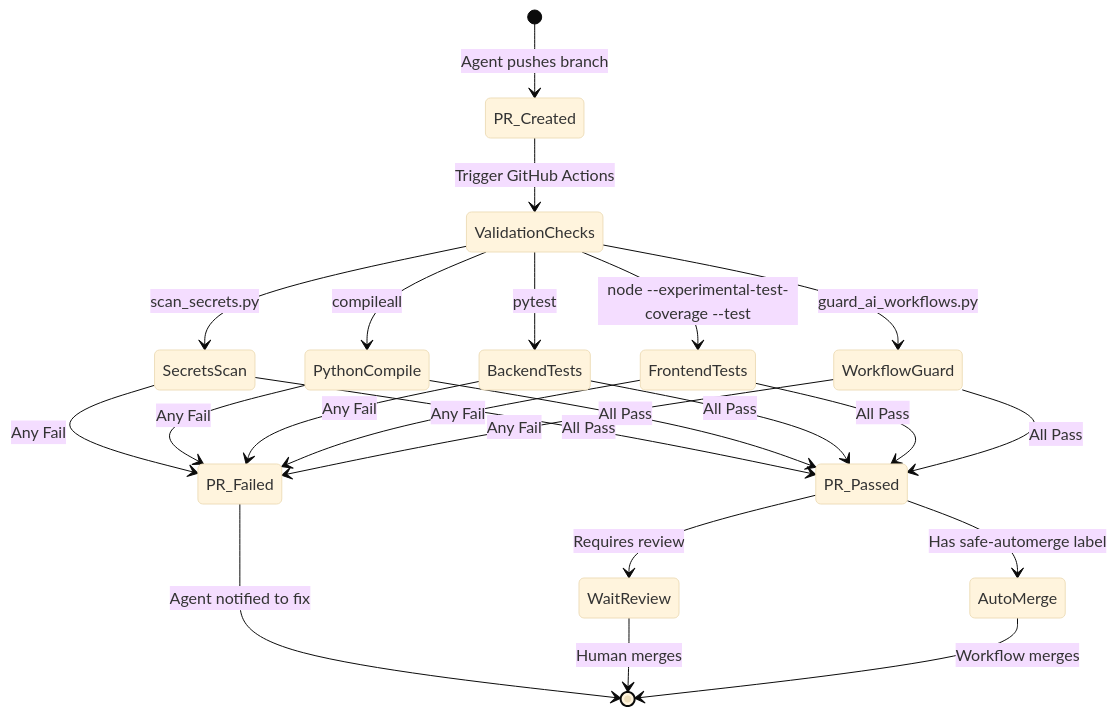
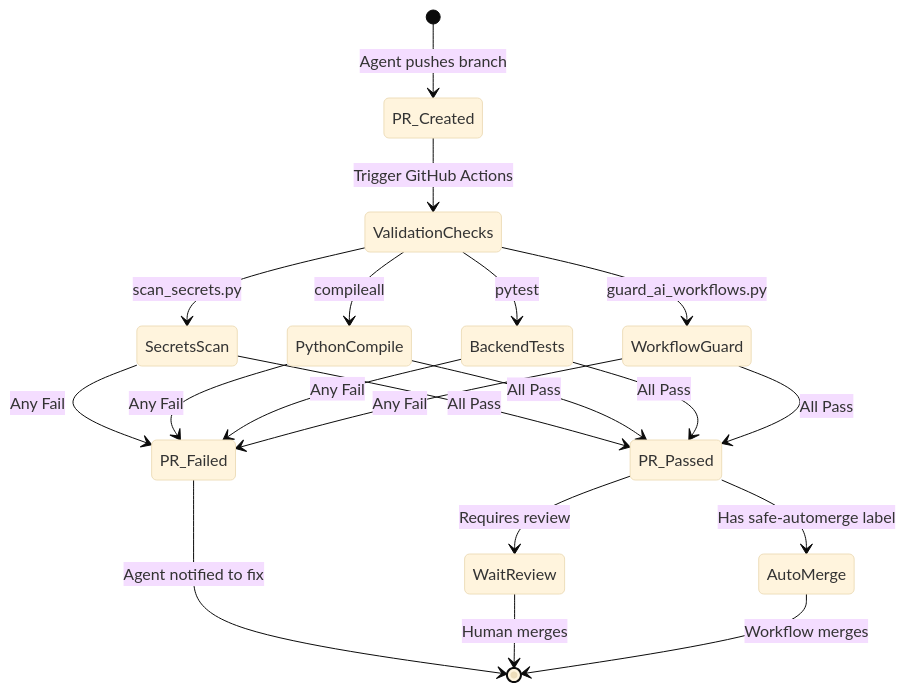
The second of 3 diagrams in README.md (Helloguys3324/orchestratot), drawn with Mermaid (base theme) before and after one commit. The commit also changed other lines of this file and 4 other files, not shown here.

````diff
--- a/README.md
+++ b/README.md
@@ -64,25 +64,22 @@
 ```mermaid
 stateDiagram-v2
     [*] --> PR_Created: Agent pushes branch
     PR_Created --> ValidationChecks: Trigger GitHub Actions
     ValidationChecks --> SecretsScan: scan_secrets.py
     ValidationChecks --> PythonCompile: compileall
     ValidationChecks --> BackendTests: pytest
-    ValidationChecks --> FrontendTests: node --experimental-test-coverage --test
     ValidationChecks --> WorkflowGuard: guard_ai_workflows.py
     SecretsScan --> PR_Passed: All Pass
     PythonCompile --> PR_Passed: All Pass
     BackendTests --> PR_Passed: All Pass
-    FrontendTests --> PR_Passed: All Pass
     WorkflowGuard --> PR_Passed: All Pass
     SecretsScan --> PR_Failed: Any Fail
     PythonCompile --> PR_Failed: Any Fail
     BackendTests --> PR_Failed: Any Fail
-    FrontendTests --> PR_Failed: Any Fail
     WorkflowGuard --> PR_Failed: Any Fail
     PR_Failed --> [*]: Agent notified to fix
     PR_Passed --> WaitReview: Requires review
     PR_Passed --> AutoMerge: Has safe-automerge label
     WaitReview --> [*]: Human merges
     AutoMerge --> [*]: Workflow merges
 ```
````
